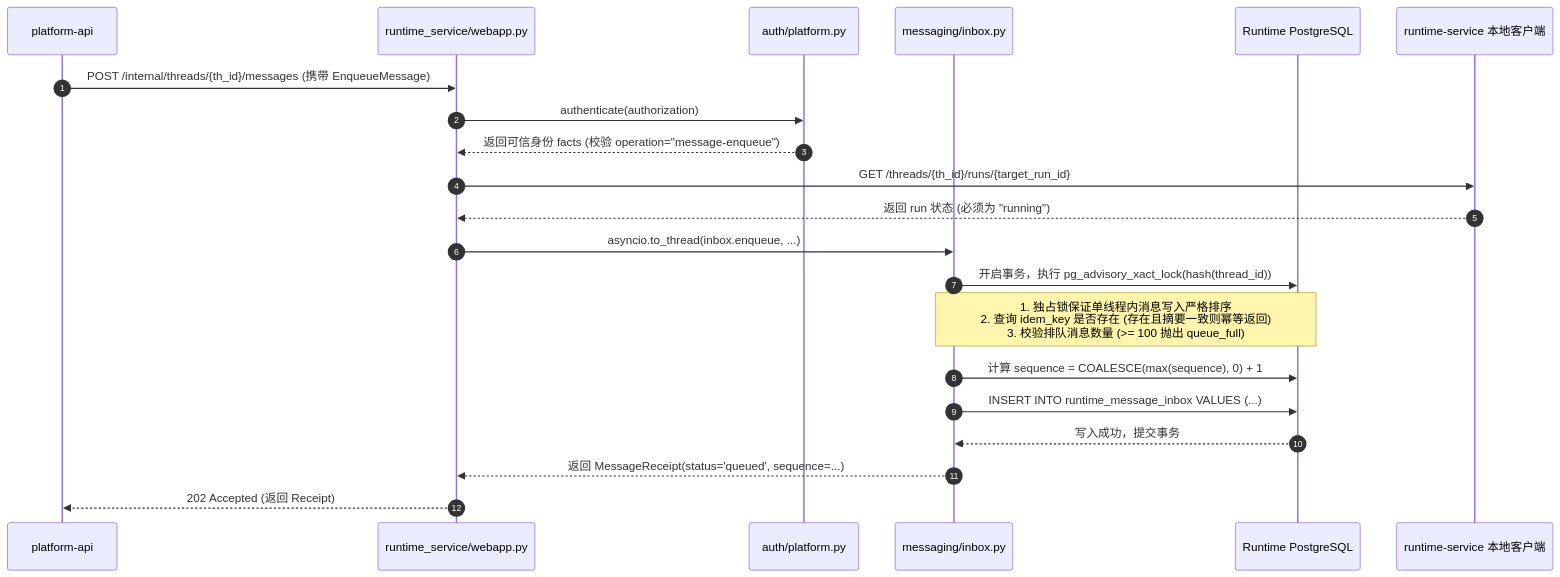
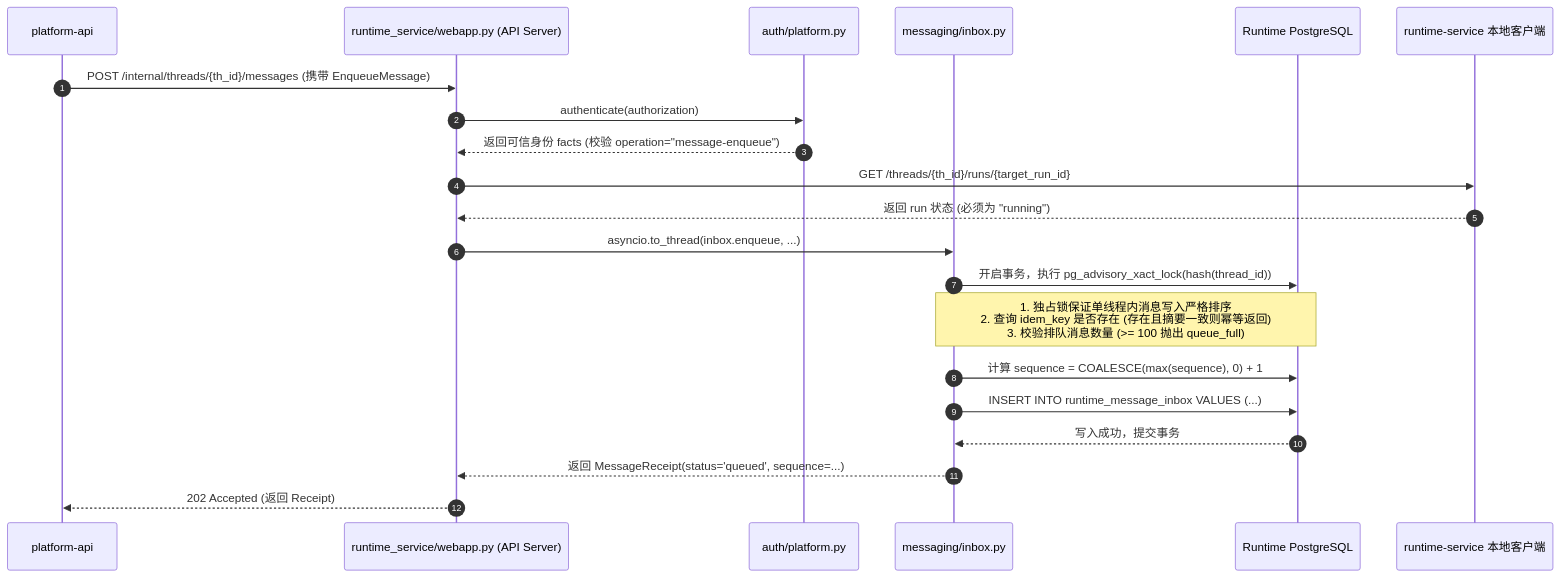
Before and after one commit to ljxpython/ai-agent-platform: the third of 3 diagrams in docs/architecture/05-runtime-service/01-architecture.md, drawn with Mermaid. The commit also changed other lines of this file and 37 other files, not shown here.

````diff
--- a/docs/architecture/05-runtime-service/01-architecture.md
+++ b/docs/architecture/05-runtime-service/01-architecture.md
@@ -109,26 +428,26 @@
 ```mermaid
 sequenceDiagram
     autonumber
     participant Platform as platform-api
-    participant WebApp as runtime_service/webapp.py
+    participant WebApp as runtime_service/webapp.py (API Server)
     participant Auth as auth/platform.py
     participant Inbox as messaging/inbox.py
     participant DB as Runtime PostgreSQL
     participant SelfHTTP as runtime-service 本地客户端
 
     Platform->>WebApp: POST /internal/threads/{th_id}/messages (携带 EnqueueMessage)
     WebApp->>Auth: authenticate(authorization)
     Auth-->>WebApp: 返回可信身份 facts (校验 operation="message-enqueue")
 
     WebApp->>SelfHTTP: GET /threads/{th_id}/runs/{target_run_id}
     SelfHTTP-->>WebApp: 返回 run 状态 (必须为 "running")
 
     WebApp->>Inbox: asyncio.to_thread(inbox.enqueue, ...)
     Inbox->>DB: 开启事务，执行 pg_advisory_xact_lock(hash(thread_id))
     Note over Inbox,DB: 1. 独占锁保证单线程内消息写入严格排序<br/>2. 查询 idem_key 是否存在 (存在且摘要一致则幂等返回)<br/>3. 校验排队消息数量 (>= 100 抛出 queue_full)
     Inbox->>DB: 计算 sequence = COALESCE(max(sequence), 0) + 1
     Inbox->>DB: INSERT INTO runtime_message_inbox VALUES (...)
     DB-->>Inbox: 写入成功，提交事务
     Inbox-->>WebApp: 返回 MessageReceipt(status='queued', sequence=...)
     WebApp-->>Platform: 202 Accepted (返回 Receipt)
 ```
````
